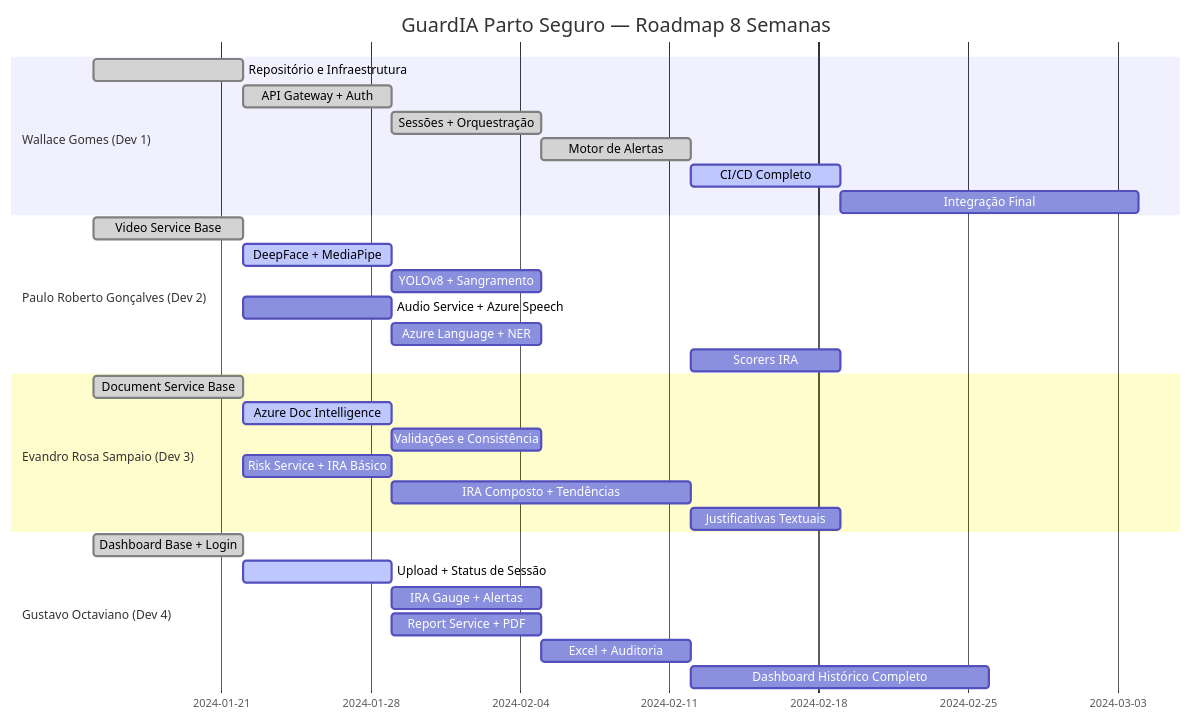
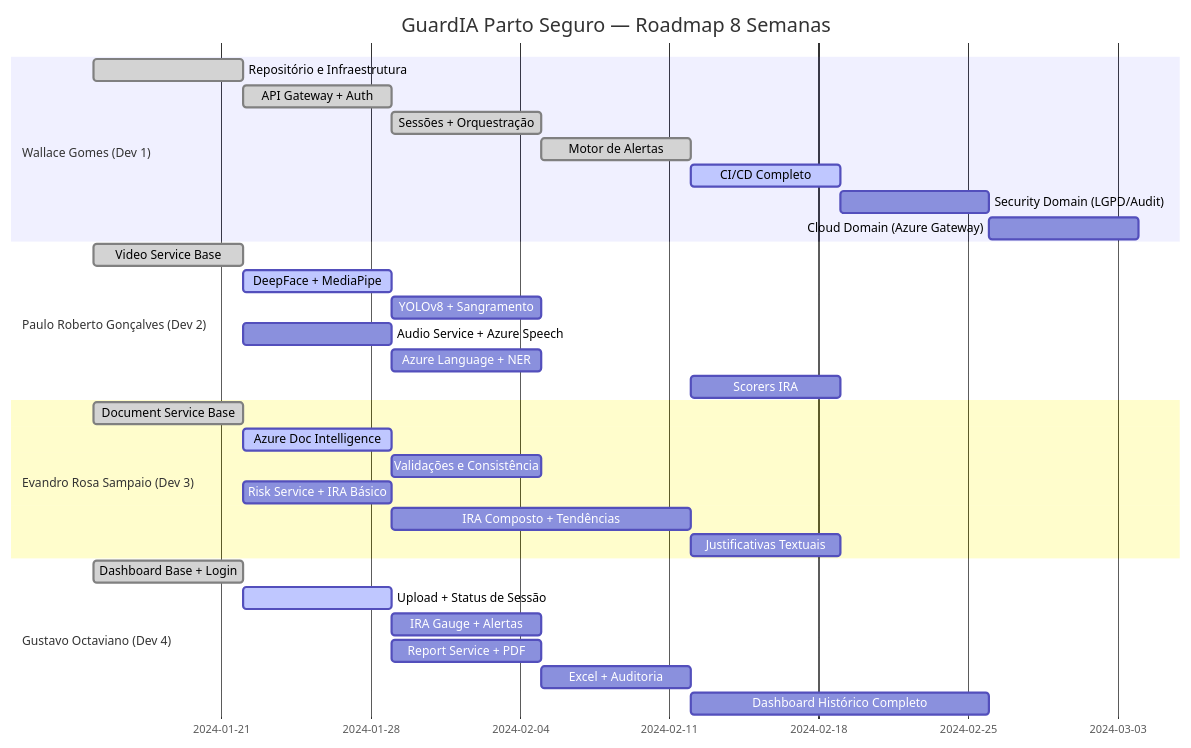
Before and after one commit to Wallace82/guardia-parto-seguro: the diagram in docs/ROADMAP.md, drawn with Mermaid. The commit also changed other lines of this file and 11 other files, not shown here.

Commit message:
docs: implement project documentation framework and update architecture to hybrid cloud model

````diff
--- a/docs/ROADMAP.md
+++ b/docs/ROADMAP.md
@@ -9,36 +9,37 @@
 ```mermaid
 gantt
     title GuardIA Parto Seguro — Roadmap 8 Semanas
     dateFormat  YYYY-MM-DD
     section Wallace Gomes (Dev 1)
     Repositório e Infraestrutura     :done, a1, 2024-01-15, 7d
     API Gateway + Auth               :done, a2, after a1, 7d
     Sessões + Orquestração           :done, a3, after a2, 7d
     Motor de Alertas                 :done, a4, after a3, 7d
     CI/CD Completo                   :active, a5, after a4, 7d
-    Integração Final                 :a6, after a5, 14d
+    Security Domain (LGPD/Audit)     :a6, after a5, 7d
+    Cloud Domain (Azure Gateway)     :a7, after a6, 7d
 
     section Paulo Roberto Gonçalves (Dev 2)
     Video Service Base               :done, b1, 2024-01-15, 7d
     DeepFace + MediaPipe             :active, b2, after b1, 7d
     YOLOv8 + Sangramento             :b3, after b2, 7d
     Audio Service + Azure Speech     :b4, 2024-01-22, 7d
     Azure Language + NER             :b5, after b4, 7d
     Scorers IRA                      :b6, 2024-02-12, 7d
 
     section Evandro Rosa Sampaio (Dev 3)
     Document Service Base            :done, c1, 2024-01-15, 7d
     Azure Doc Intelligence           :active, c2, after c1, 7d
     Validações e Consistência        :c3, after c2, 7d
     Risk Service + IRA Básico        :c4, 2024-01-22, 7d
     IRA Composto + Tendências        :c5, after c4, 14d
     Justificativas Textuais          :c6, 2024-02-12, 7d
 
     section Gustavo Octaviano (Dev 4)
     Dashboard Base + Login           :done, d1, 2024-01-15, 7d
     Upload + Status de Sessão        :active, d2, after d1, 7d
     IRA Gauge + Alertas              :d3, after d2, 7d
     Report Service + PDF             :d4, 2024-01-29, 7d
     Excel + Auditoria                :d5, after d4, 7d
     Dashboard Histórico Completo     :d6, 2024-02-12, 14d
 ```
````
